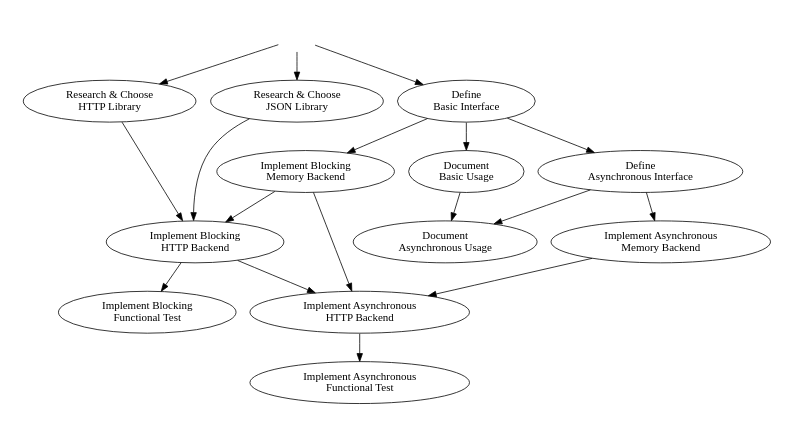
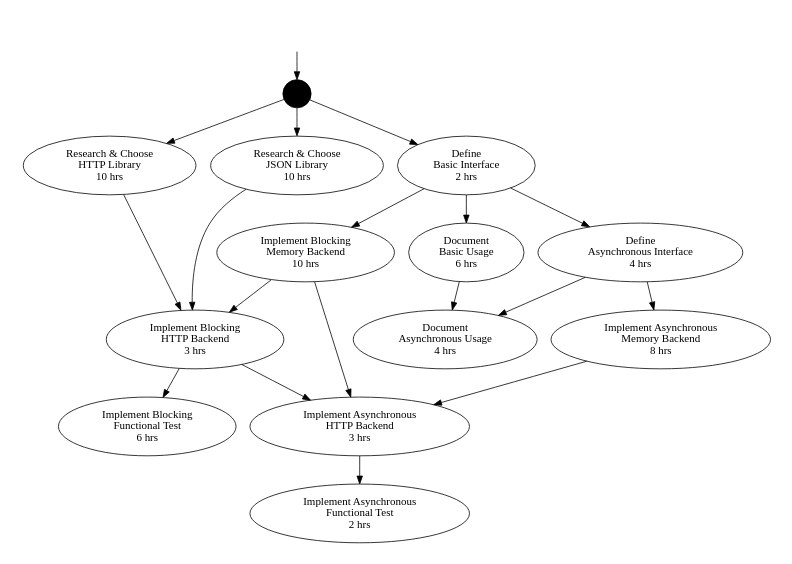
One commit to OpenStack-Capstone/Internal-Documentation changed the diagram in ProjectPlan/Java-PERT.dot. Above: the diagram before and after it, drawn with Graphviz. The commit also changed 1 other file, not shown here.

Commit message:
Draft java plan graph

```diff
--- a/ProjectPlan/Java-PERT.dot
+++ b/ProjectPlan/Java-PERT.dot
@@ -1,35 +1,36 @@
 strict digraph JavaPERT {
-	   size="4!,3!";
-	   start [peripheries=0, label=""];
-	   res_http			[label="Research & Choose\nHTTP Library"];
-	   res_json 		[label="Research & Choose\nJSON Library"];
-	   def_basic_iface 	[label="Define\nBasic Interface"];
-	   def_async_iface 	[label="Define\nAsynchronous Interface"];
-	   init_docs 		[label="Document\nBasic Usage"];
-	   async_docs 		[label="Document\nAsynchronous Usage"];
-	   impl_block_http 	[label="Implement Blocking\nHTTP Backend"];
-	   impl_block_mem 	[label="Implement Blocking\nMemory Backend"];
-	   impl_async_http 	[label="Implement Asynchronous\nHTTP Backend"];		
-	   impl_async_mem 	[label="Implement Asynchronous\nMemory Backend"];
-	   blocking_func 	[label="Implement Blocking\nFunctional Test"]
-	   async_func 		[label="Implement Asynchronous\nFunctional Test"]
+     size="4!,3!";
+	 s1                [label="", size=".1", peripheries="0"];
+     start             [color="black", style="filled", shape="circle", height=".5", label=""];
+     res_http          [label="Research & Choose\nHTTP Library\n10 hrs"];
+     res_json          [label="Research & Choose\nJSON Library\n10 hrs"];
+     def_basic_iface   [label="Define\nBasic Interface\n2 hrs"];
+     def_async_iface   [label="Define\nAsynchronous Interface\n4 hrs"];
+     init_docs         [label="Document\nBasic Usage\n6 hrs"];
+     async_docs        [label="Document\nAsynchronous Usage\n4 hrs"];
+     impl_block_http   [label="Implement Blocking\nHTTP Backend\n3 hrs"];
+     impl_block_mem    [label="Implement Blocking\nMemory Backend\n10 hrs"];
+     impl_async_http   [label="Implement Asynchronous\nHTTP Backend\n3 hrs"];    
+     impl_async_mem    [label="Implement Asynchronous\nMemory Backend\n8 hrs"];
+     blocking_func     [label="Implement Blocking\nFunctional Test\n6 hrs"]
+     async_func        [label="Implement Asynchronous\nFunctional Test\n2 hrs"]
 
-	   start -> res_http;
-	   start -> res_json;
-	   start -> def_basic_iface;
-
-	   res_http -> impl_block_http;
-	   res_json -> impl_block_http;
-	   def_basic_iface -> init_docs;
-	   def_basic_iface -> impl_block_mem;
-	   def_basic_iface -> def_async_iface;
-	   impl_block_mem -> impl_block_http;
-	   impl_block_mem -> impl_async_http;
-	   def_async_iface -> impl_async_mem;
-	   def_async_iface -> async_docs;
-	   init_docs -> async_docs;
-	   impl_async_mem -> impl_async_http;
-	   impl_block_http -> blocking_func;
-	   impl_async_http -> async_func
-	   impl_block_http -> impl_async_http;
+     s1               ->  start;
+     start            ->  res_http;
+     start            ->  res_json;
+     start            ->  def_basic_iface;
+     res_http         ->  impl_block_http;
+     res_json         ->  impl_block_http;
+     def_basic_iface  ->  init_docs;
+     def_basic_iface  ->  impl_block_mem;
+     def_basic_iface  ->  def_async_iface;
+     impl_block_mem   ->  impl_block_http;
+     impl_block_mem   ->  impl_async_http;
+     def_async_iface  ->  impl_async_mem;
+     def_async_iface  ->  async_docs;
+     init_docs        ->  async_docs;
+     impl_async_mem   ->  impl_async_http;
+     impl_block_http  ->  blocking_func;
+     impl_async_http  ->  async_func
+     impl_block_http  ->  impl_async_http;
 }
```
